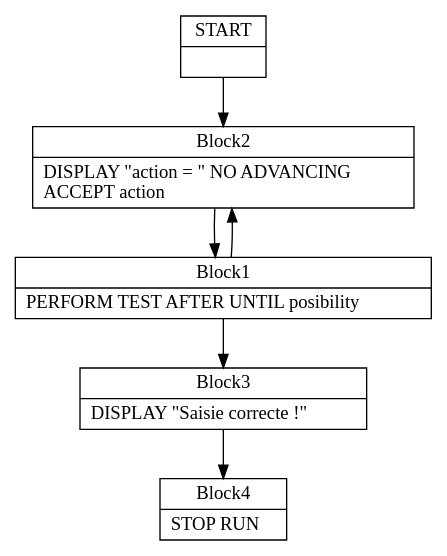
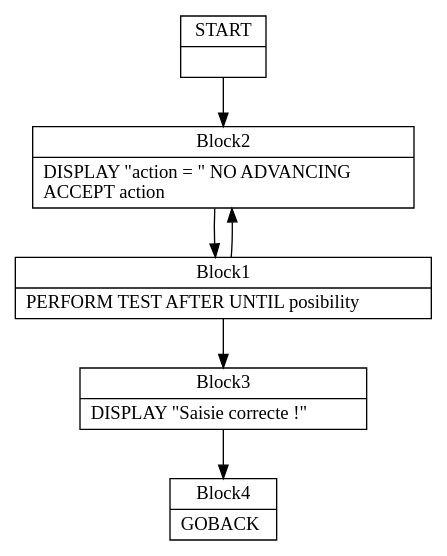
The diagram in TypeCobol.Analysis.Test/DotOutput/PerformUntil1.dot (TypeCobolTeam/TypeCobol), drawn with Graphviz before and after one commit. The commit also changed 9 other files, not shown here.

```diff
--- a/TypeCobol.Analysis.Test/DotOutput/PerformUntil1.dot
+++ b/TypeCobol.Analysis.Test/DotOutput/PerformUntil1.dot
@@ -1,30 +1,30 @@
 digraph Cfg {
 node [
 shape = "record"
 ]
 
 edge [
 arrowtail = "empty"
 ]
 Block0 [
 label = "{START|}"
 ]
 Block2 [
 label = "{Block2|    DISPLAY \"action = \" NO ADVANCING\l      ACCEPT action\l}"
 ]
 Block1 [
 label = "{Block1|    PERFORM TEST AFTER UNTIL posibility\l}"
 ]
 Block3 [
 label = "{Block3|    DISPLAY \"Saisie correcte !\"\l}"
 ]
 Block4 [
-label = "{Block4|    STOP RUN\l}"
+label = "{Block4|    GOBACK\l}"
 ]
 Block0 -> Block2
 Block2 -> Block1
 Block1 -> Block2
 Block1 -> Block3
 Block3 -> Block4
 
 }
```
